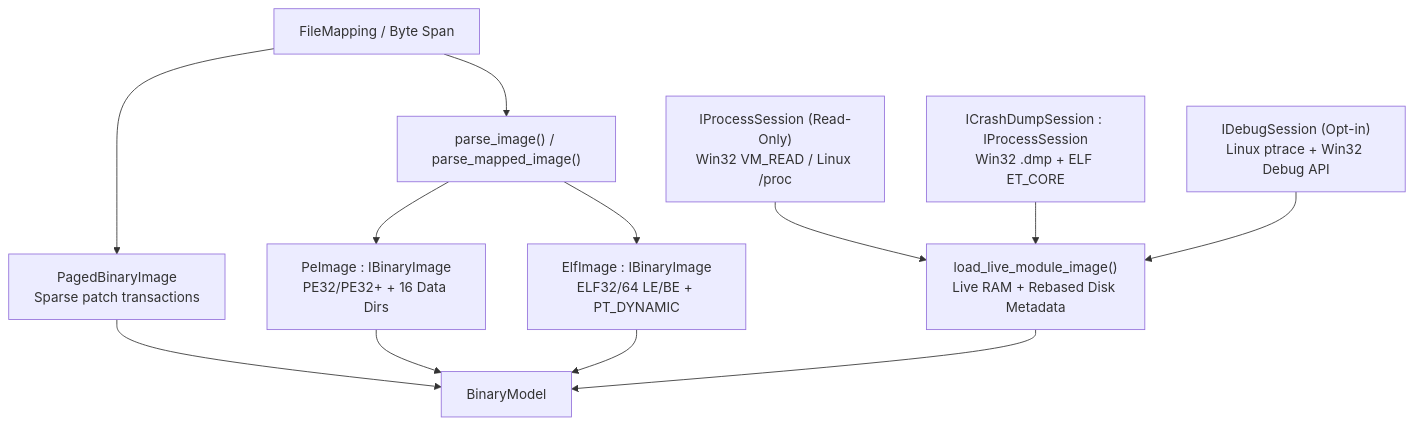
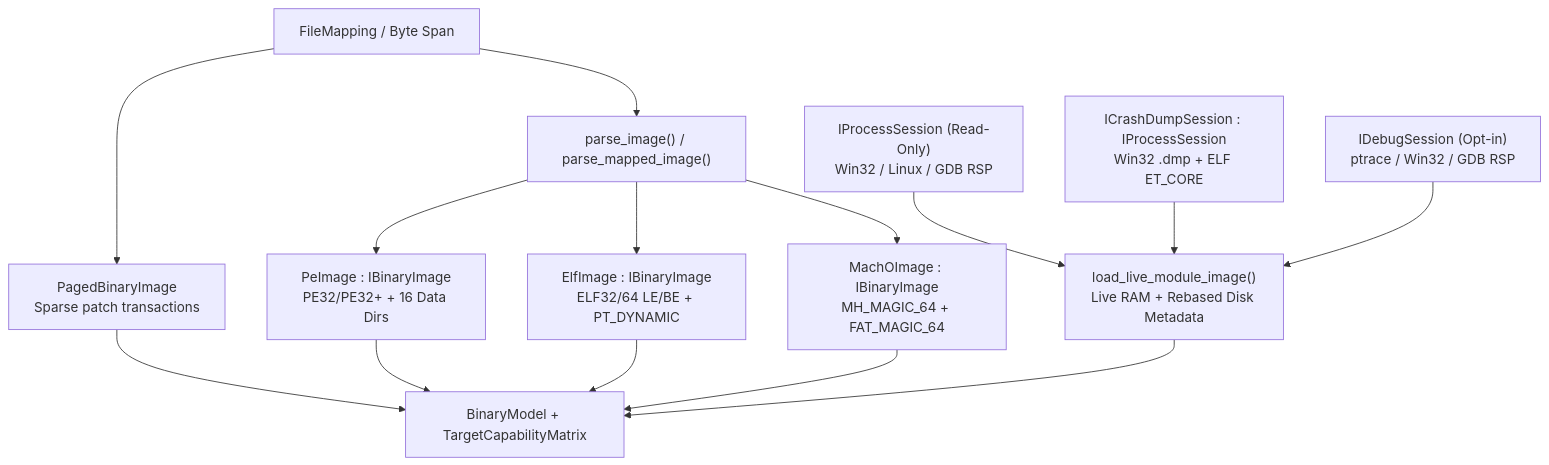
Before and after one commit to wsollers/exe_viewer: the second of 7 diagrams in docs/ARCHITECTURE.md, drawn with Mermaid. The commit also changed other lines of this file and 19 other files, not shown here.

````diff
--- a/docs/ARCHITECTURE.md
+++ b/docs/ARCHITECTURE.md
@@ -48,25 +48,28 @@
 ```mermaid
 flowchart TD
     bytes["FileMapping / Byte Span"]
     parse["parse_image() / parse_mapped_image()"]
     pe["PeImage : IBinaryImage<br/>PE32/PE32+ + 16 Data Dirs"]
     elf["ElfImage : IBinaryImage<br/>ELF32/64 LE/BE + PT_DYNAMIC"]
+    macho["MachOImage : IBinaryImage<br/>MH_MAGIC_64 + FAT_MAGIC_64"]
     paged["PagedBinaryImage<br/>Sparse patch transactions"]
-    ro["IProcessSession (Read-Only)<br/>Win32 VM_READ / Linux /proc"]
+    ro["IProcessSession (Read-Only)<br/>Win32 / Linux / GDB RSP"]
     dump["ICrashDumpSession : IProcessSession<br/>Win32 .dmp + ELF ET_CORE"]
-    dbg["IDebugSession (Opt-in)<br/>Linux ptrace + Win32 Debug API"]
+    dbg["IDebugSession (Opt-in)<br/>ptrace / Win32 / GDB RSP"]
     hybrid["load_live_module_image()<br/>Live RAM + Rebased Disk Metadata"]
-    model["BinaryModel"]
+    model["BinaryModel + TargetCapabilityMatrix"]
 
     bytes --> parse
     parse --> pe
     parse --> elf
+    parse --> macho
     bytes --> paged
     paged --> model
     pe --> model
     elf --> model
+    macho --> model
     ro --> hybrid
     dump --> hybrid
     dbg --> hybrid
     hybrid --> model
 ```
````
